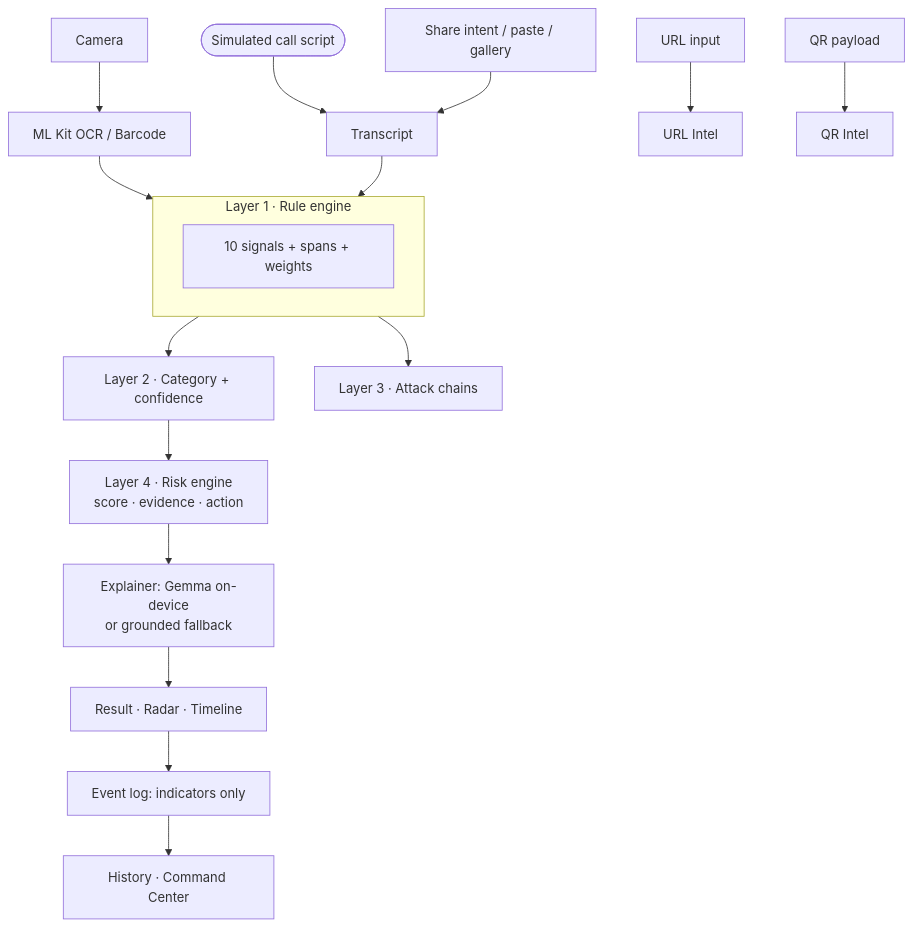
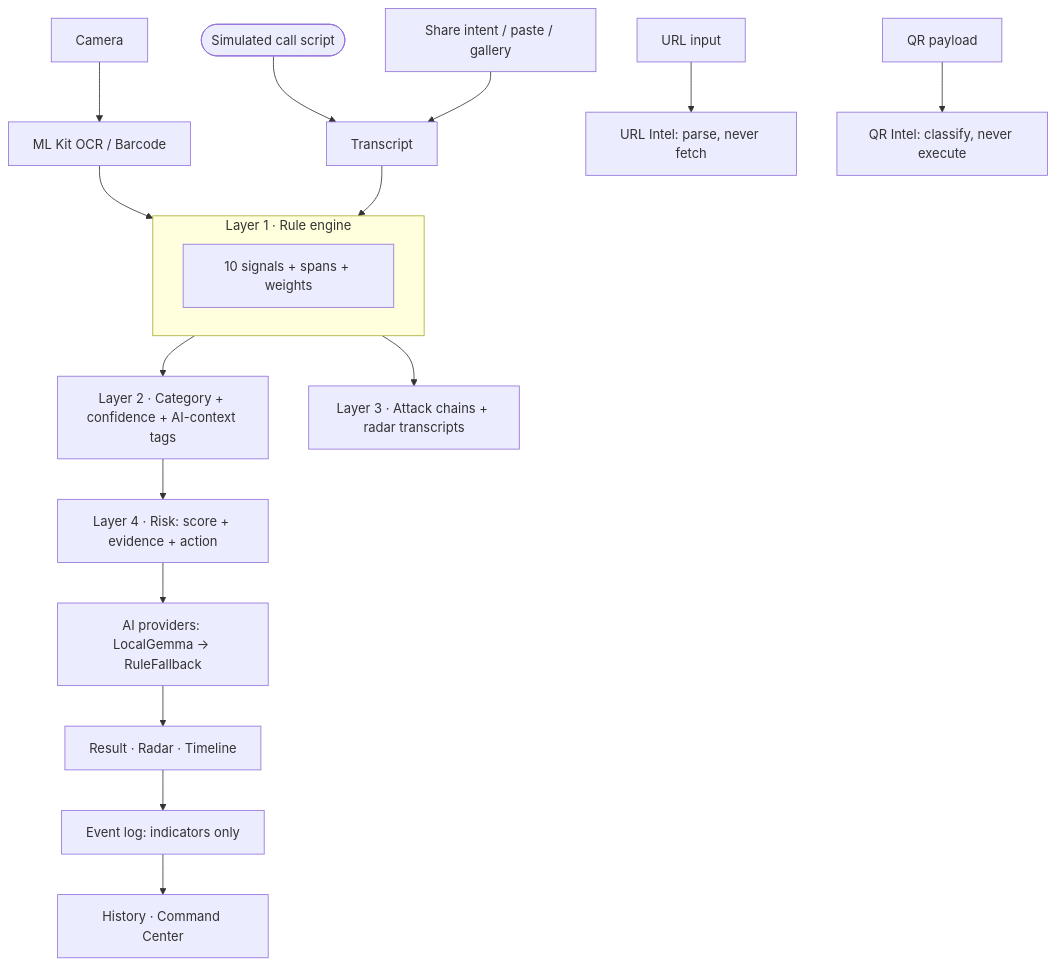
Before and after one commit to stunninghacker/ScamShield: the diagram in README.md, drawn with Mermaid. The commit also changed other lines of this file and 14 other files, not shown here.

Commit message:
ScamShield final: AI providers, fusion context, Hindi, hero chain, hardened sync, Judge board

````diff
--- a/README.md
+++ b/README.md
@@ -46,20 +46,20 @@
 ```mermaid
 flowchart TD
     CAM[Camera] --> OCR[ML Kit OCR / Barcode]
-    MIC([Simulated call script]) --> TXT[Transcript]
+    SIM([Simulated call script]) --> TXT[Transcript]
     SHARE[Share intent / paste / gallery] --> TXT
-    URL[URL input] --> URLI[URL Intel]
-    QR[QR payload] --> QRI[QR Intel]
+    URL[URL input] --> URLI[URL Intel: parse, never fetch]
+    QR[QR payload] --> QRI[QR Intel: classify, never execute]
     OCR --> ENG
     TXT --> ENG
     subgraph ENG[Layer 1 · Rule engine]
         SIG[10 signals + spans + weights]
     end
-    ENG --> CAT[Layer 2 · Category + confidence]
-    ENG --> CHAIN[Layer 3 · Attack chains]
-    CAT --> RISK[Layer 4 · Risk engine\nscore · evidence · action]
-    RISK --> EXP[Explainer: Gemma on-device\nor grounded fallback]
-    EXP --> UI[Result · Radar · Timeline]
+    ENG --> CTX[Layer 2 · Category + confidence + AI-context tags]
+    ENG --> CHAIN[Layer 3 · Attack chains + radar transcripts]
+    CTX --> RISK[Layer 4 · Risk: score + evidence + action]
+    RISK --> AI[AI providers: LocalGemma → RuleFallback]
+    AI --> UI[Result · Radar · Timeline]
     UI --> EV[Event log: indicators only]
     EV --> HIST[History · Command Center]
 ```
````
